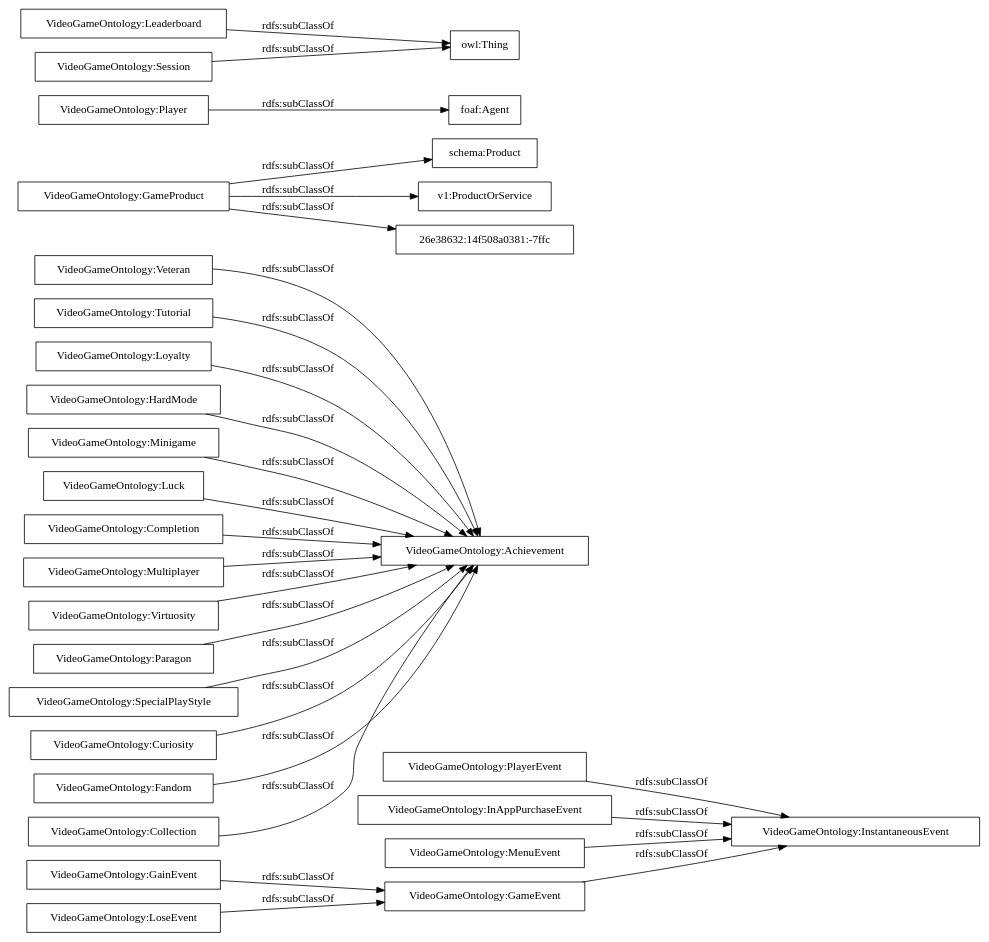
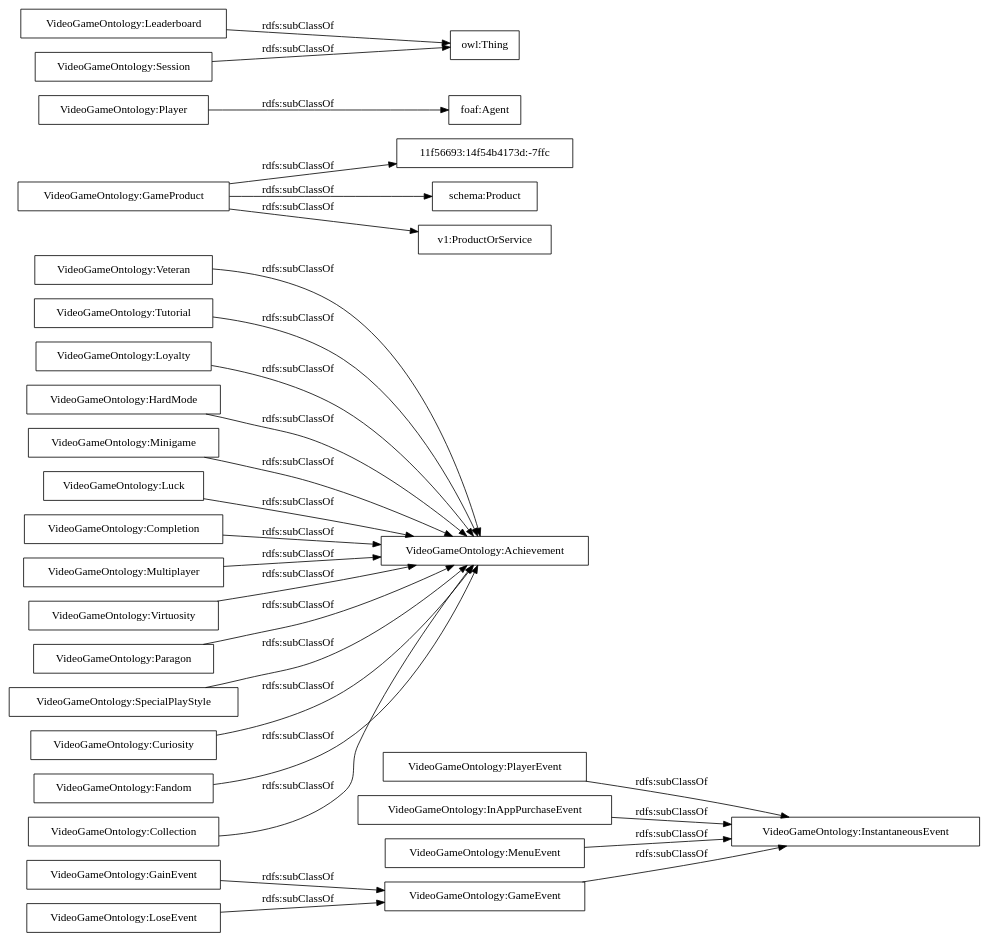
One commit to dgarijo/VideoGameOntology changed the diagram in OnToology/GameOntologyv3.owl/diagrams/ar2dtool-taxonomy/GameOntologyv3.owl.png.dot. Above: the diagram before and after it, drawn with Graphviz. The commit also changed 107 other files, not shown here.

```diff
--- a/OnToology/GameOntologyv3.owl/diagrams/ar2dtool-taxonomy/GameOntologyv3.owl.png.dot
+++ b/OnToology/GameOntologyv3.owl/diagrams/ar2dtool-taxonomy/GameOntologyv3.owl.png.dot
@@ -1,32 +1,32 @@
 digraph ar2dtool_diagram { 
 rankdir=LR;
 size="1000"
-node [shape = rectangle, color="black"]; "VideoGameOntology:GameEvent" "VideoGameOntology:Veteran" "VideoGameOntology:Achievement" "VideoGameOntology:GameProduct" "VideoGameOntology:Tutorial" "VideoGameOntology:Loyalty" "VideoGameOntology:HardMode" "foaf:Agent" "VideoGameOntology:Leaderboard" "VideoGameOntology:Minigame" "VideoGameOntology:Luck" "VideoGameOntology:Completion" "VideoGameOntology:PlayerEvent" "schema:Product" "VideoGameOntology:Multiplayer" "VideoGameOntology:Virtuosity" "VideoGameOntology:Paragon" "owl:Thing" "VideoGameOntology:Session" "VideoGameOntology:GainEvent" "VideoGameOntology:Player" "VideoGameOntology:InstantaneousEvent" "v1:ProductOrService" "VideoGameOntology:InAppPurchaseEvent" "VideoGameOntology:LoseEvent" "VideoGameOntology:SpecialPlayStyle" "VideoGameOntology:Curiosity" "VideoGameOntology:Fandom" "VideoGameOntology:MenuEvent" "26e38632:14f508a0381:-7ffc" "VideoGameOntology:Collection" ; /*classes style*/
+node [shape = rectangle, color="black"]; "VideoGameOntology:GameEvent" "VideoGameOntology:Veteran" "VideoGameOntology:Achievement" "VideoGameOntology:GameProduct" "VideoGameOntology:Tutorial" "VideoGameOntology:Loyalty" "VideoGameOntology:HardMode" "foaf:Agent" "VideoGameOntology:Leaderboard" "VideoGameOntology:Minigame" "VideoGameOntology:Luck" "11f56693:14f54b4173d:-7ffc" "VideoGameOntology:Completion" "VideoGameOntology:PlayerEvent" "schema:Product" "VideoGameOntology:Multiplayer" "VideoGameOntology:Virtuosity" "VideoGameOntology:Paragon" "owl:Thing" "VideoGameOntology:Session" "VideoGameOntology:GainEvent" "VideoGameOntology:Player" "VideoGameOntology:InstantaneousEvent" "v1:ProductOrService" "VideoGameOntology:InAppPurchaseEvent" "VideoGameOntology:LoseEvent" "VideoGameOntology:SpecialPlayStyle" "VideoGameOntology:Curiosity" "VideoGameOntology:Fandom" "VideoGameOntology:MenuEvent" "VideoGameOntology:Collection" ; /*classes style*/
 	"VideoGameOntology:HardMode" -> "VideoGameOntology:Achievement" [ label = "rdfs:subClassOf" ];
 	"VideoGameOntology:Player" -> "foaf:Agent" [ label = "rdfs:subClassOf" ];
 	"VideoGameOntology:Virtuosity" -> "VideoGameOntology:Achievement" [ label = "rdfs:subClassOf" ];
 	"VideoGameOntology:Loyalty" -> "VideoGameOntology:Achievement" [ label = "rdfs:subClassOf" ];
 	"VideoGameOntology:Paragon" -> "VideoGameOntology:Achievement" [ label = "rdfs:subClassOf" ];
 	"VideoGameOntology:Luck" -> "VideoGameOntology:Achievement" [ label = "rdfs:subClassOf" ];
 	"VideoGameOntology:MenuEvent" -> "VideoGameOntology:InstantaneousEvent" [ label = "rdfs:subClassOf" ];
 	"VideoGameOntology:GainEvent" -> "VideoGameOntology:GameEvent" [ label = "rdfs:subClassOf" ];
 	"VideoGameOntology:SpecialPlayStyle" -> "VideoGameOntology:Achievement" [ label = "rdfs:subClassOf" ];
 	"VideoGameOntology:Tutorial" -> "VideoGameOntology:Achievement" [ label = "rdfs:subClassOf" ];
 	"VideoGameOntology:Session" -> "owl:Thing" [ label = "rdfs:subClassOf" ];
-	"VideoGameOntology:GameProduct" -> "26e38632:14f508a0381:-7ffc" [ label = "rdfs:subClassOf" ];
+	"VideoGameOntology:GameProduct" -> "11f56693:14f54b4173d:-7ffc" [ label = "rdfs:subClassOf" ];
 	"VideoGameOntology:GameProduct" -> "schema:Product" [ label = "rdfs:subClassOf" ];
 	"VideoGameOntology:GameProduct" -> "v1:ProductOrService" [ label = "rdfs:subClassOf" ];
 	"VideoGameOntology:LoseEvent" -> "VideoGameOntology:GameEvent" [ label = "rdfs:subClassOf" ];
 	"VideoGameOntology:Collection" -> "VideoGameOntology:Achievement" [ label = "rdfs:subClassOf" ];
 	"VideoGameOntology:Leaderboard" -> "owl:Thing" [ label = "rdfs:subClassOf" ];
 	"VideoGameOntology:Veteran" -> "VideoGameOntology:Achievement" [ label = "rdfs:subClassOf" ];
 	"VideoGameOntology:Multiplayer" -> "VideoGameOntology:Achievement" [ label = "rdfs:subClassOf" ];
 	"VideoGameOntology:Fandom" -> "VideoGameOntology:Achievement" [ label = "rdfs:subClassOf" ];
 	"VideoGameOntology:Curiosity" -> "VideoGameOntology:Achievement" [ label = "rdfs:subClassOf" ];
 	"VideoGameOntology:PlayerEvent" -> "VideoGameOntology:InstantaneousEvent" [ label = "rdfs:subClassOf" ];
 	"VideoGameOntology:InAppPurchaseEvent" -> "VideoGameOntology:InstantaneousEvent" [ label = "rdfs:subClassOf" ];
 	"VideoGameOntology:Completion" -> "VideoGameOntology:Achievement" [ label = "rdfs:subClassOf" ];
 	"VideoGameOntology:GameEvent" -> "VideoGameOntology:InstantaneousEvent" [ label = "rdfs:subClassOf" ];
 	"VideoGameOntology:Minigame" -> "VideoGameOntology:Achievement" [ label = "rdfs:subClassOf" ];
 
 }
```
